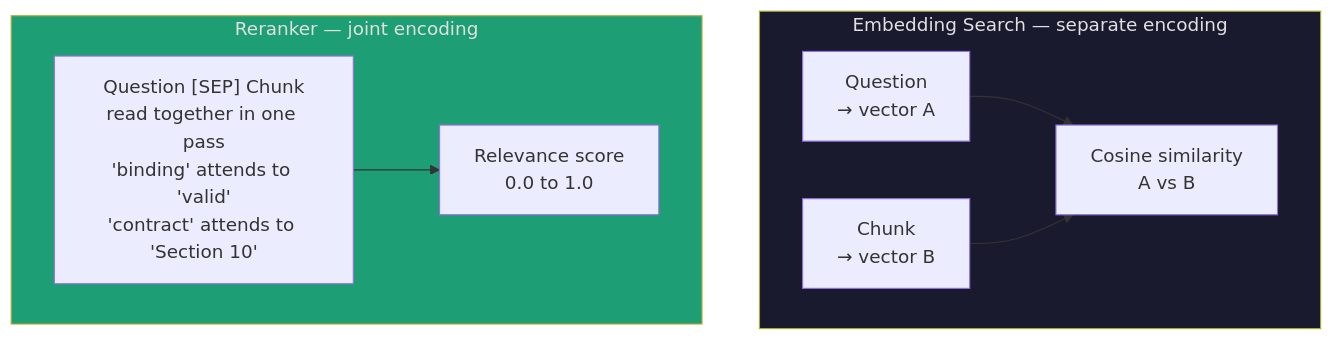
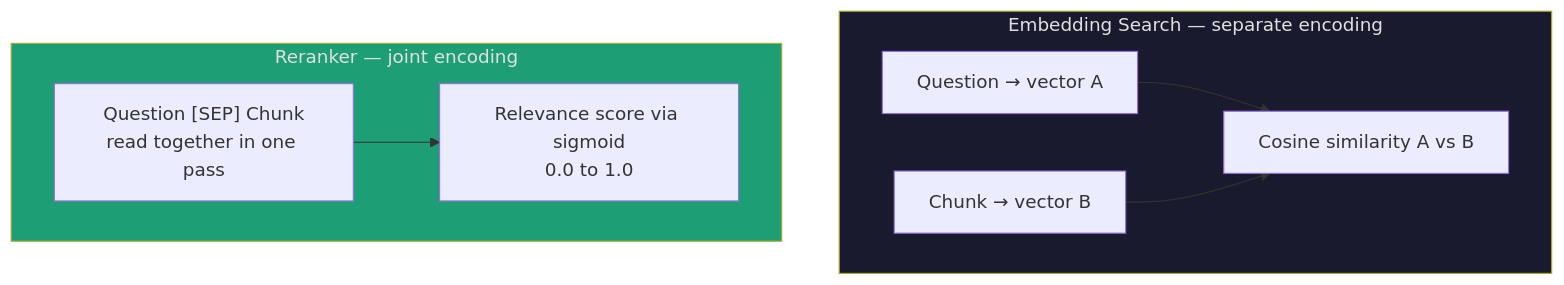
The fourth of 5 diagrams in README.md (ishwaryaaaaaaaaa/LexAI), drawn with Mermaid before and after one commit. The commit also changed other lines of this file, not shown here.

````diff
--- a/README.md
+++ b/README.md
@@ -154,19 +145,19 @@
 ```mermaid
 flowchart TD
     subgraph OLD ["Embedding Search — separate encoding"]
-        QV[Question\n→ vector A]
-        CV[Chunk\n→ vector B]
-        COS[Cosine similarity\nA vs B]
+        QV[Question → vector A]
+        CV[Chunk → vector B]
+        COS[Cosine similarity A vs B]
         QV --> COS
         CV --> COS
     end
-    
+
     subgraph NEW ["Reranker — joint encoding"]
-        JOINT["Question [SEP] Chunk\nread together in one pass\n'binding' attends to 'valid'\n'contract' attends to 'Section 10'"]
-        SCORE[Relevance score\n0.0 to 1.0]
+        JOINT["Question [SEP] Chunk\nread together in one pass"]
+        SCORE[Relevance score via sigmoid\n0.0 to 1.0]
         JOINT --> SCORE
     end
-    
+
     style OLD fill:#1a1a2e,color:#e0e0e0
     style NEW fill:#1d9e75,color:#e0e0e0
 ```
````
